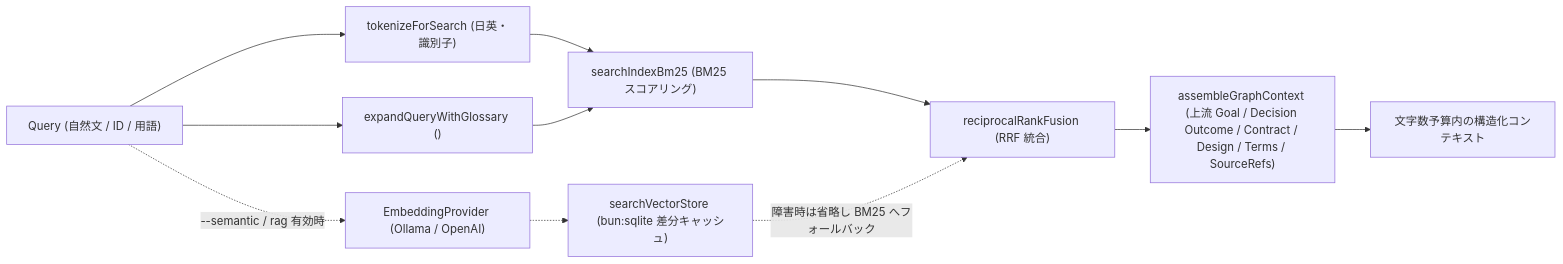
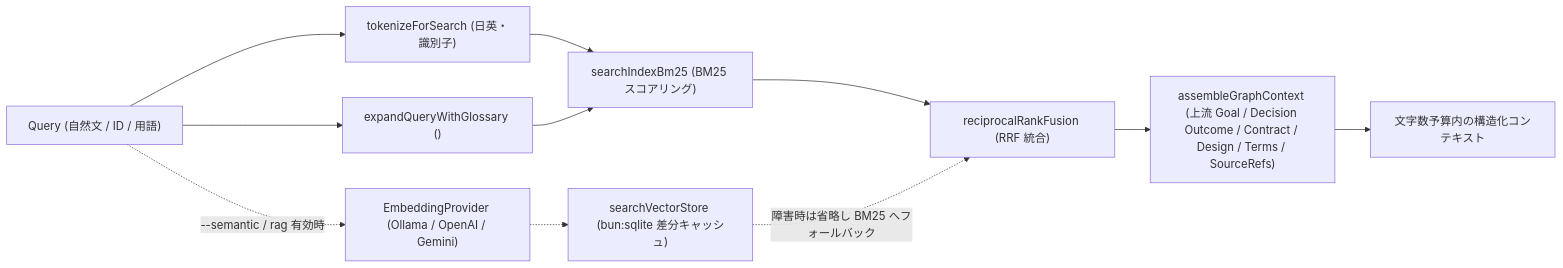
The diagram in docs/designs/retrieval-and-hybrid-rag.mdx (naatin777/documi), drawn with Mermaid before and after one commit. The commit also changed 6 other files, not shown here.

First line of the commit message:
feat: Embedding 通信を OpenAI 互換に統一し Gemini プリセットと .env 自動読み込みを追加 (#43)

````diff
--- a/docs/designs/retrieval-and-hybrid-rag.mdx
+++ b/docs/designs/retrieval-and-hybrid-rag.mdx
@@ -18,16 +18,16 @@
 ```mermaid
 flowchart LR
     Q["Query (自然文 / ID / 用語)"] --> Tok["tokenizeForSearch (日英・識別子)"]
     Q --> Exp["expandQueryWithGlossary (<TermDef aliases>)"]
     Tok --> BM25["searchIndexBm25 (BM25 スコアリング)"]
     Exp --> BM25
 
-    Q -. "--semantic / rag 有効時" .-> Embed["EmbeddingProvider (Ollama / OpenAI)"]
+    Q -. "--semantic / rag 有効時" .-> Embed["EmbeddingProvider (Ollama / OpenAI / Gemini)"]
     Embed -.-> Vec["searchVectorStore (bun:sqlite 差分キャッシュ)"]
 
     BM25 --> RRF["reciprocalRankFusion (RRF 統合)"]
     Vec -. "障害時は省略し BM25 へフォールバック" .-> RRF
 
     RRF --> Graph["assembleGraphContext (上流 Goal / Decision Outcome / Contract / Design / Terms / SourceRefs)"]
     Graph --> Out["文字数予算内の構造化コンテキスト"]
 ```
````
